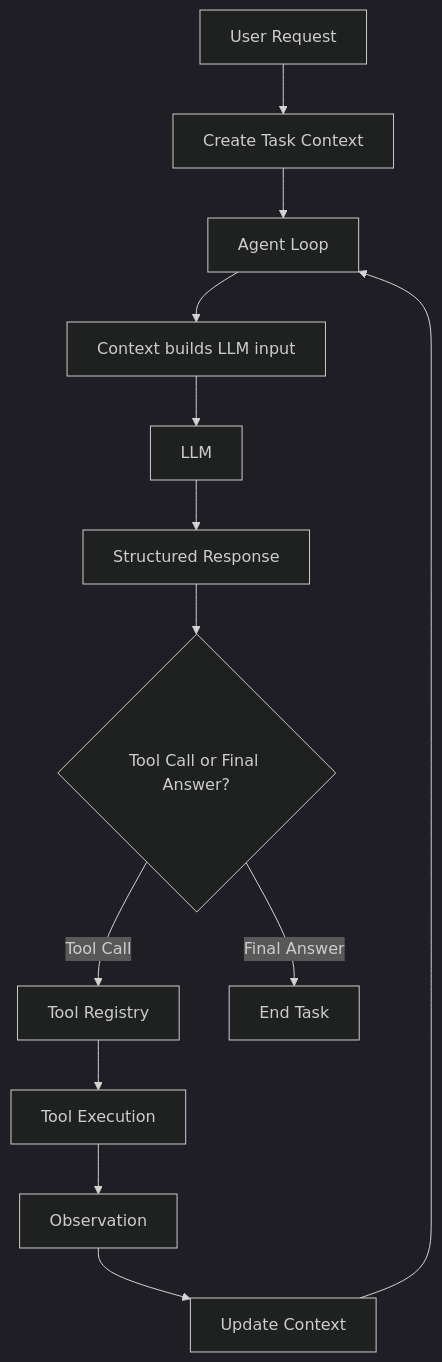
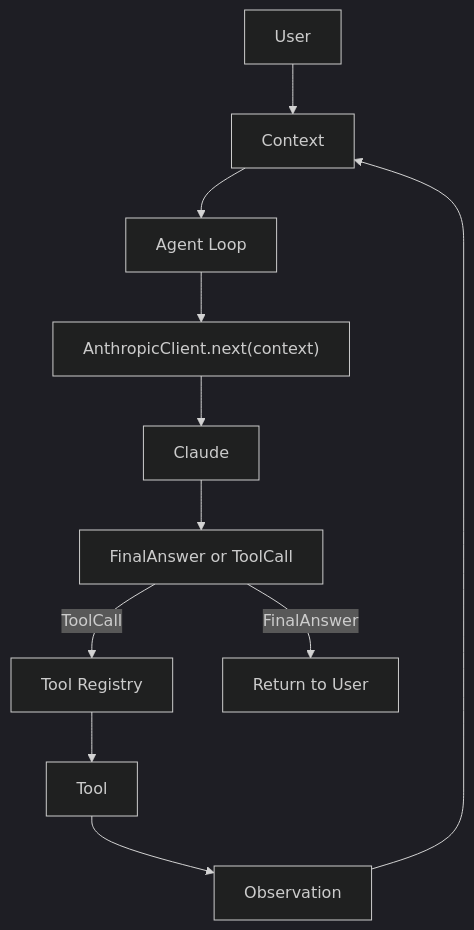
The second of 2 diagrams in README.md (XinyingTu/ClaudeCode-From-Scratch), drawn with Mermaid (dark theme) before and after one commit. The commit also changed other lines of this file and 1 other file, not shown here.

First line of the commit message:
docs: add ADR-004 and refresh README for real Claude tool-use loop

````diff
--- a/README.md
+++ b/README.md
@@ -44,17 +44,15 @@
 ```mermaid
 flowchart TD
-    UR[User Request] --> CT[Create Task Context]
-    CT --> Loop[Agent Loop]
-    Loop --> BM["Context builds LLM input"]
-    BM --> LLM[LLM]
-    LLM --> SR[Structured Response]
-    SR --> Decision{Tool Call or Final Answer?}
+    UR[User] --> CTX[Context]
+    CTX --> Loop[Agent Loop]
+    Loop --> AC["AnthropicClient.next(context)"]
+    AC --> Claude[Claude]
+    Claude --> SR["FinalAnswer or ToolCall"]
 
-    Decision -->|Tool Call| TReg[Tool Registry]
-    TReg --> TE[Tool Execution]
-    TE --> Obs[Observation]
-    Obs --> UC[Update Context]
-    UC --> Loop
+    SR -->|ToolCall| TReg[Tool Registry]
+    TReg --> T[Tool]
+    T --> Obs[Observation]
+    Obs --> CTX
 
-    Decision -->|Final Answer| End[End Task]
+    SR -->|FinalAnswer| End[Return to User]
 ```
````
